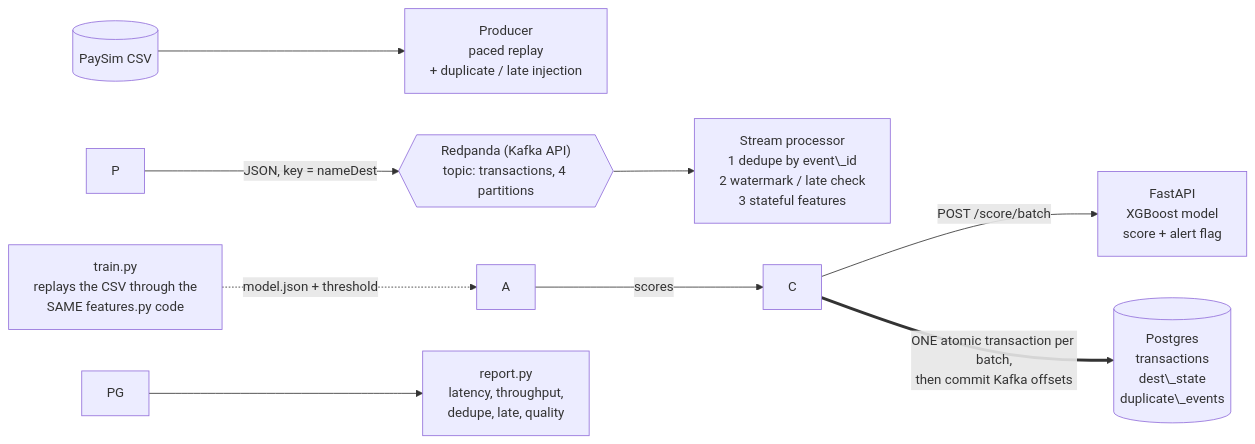
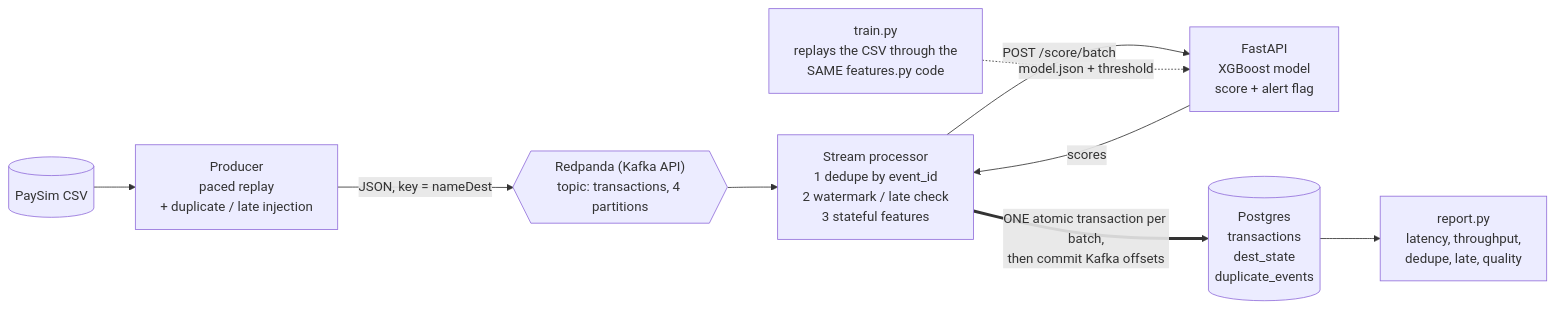
The diagram in README.md (charanteja101/realtime-fraud-detection-pipeline), drawn with Mermaid before and after one commit. The commit also changed other lines of this file, not shown here.

````diff
--- a/README.md
+++ b/README.md
@@ -9,11 +13,11 @@
 ```mermaid
 flowchart LR
-    CSV\[("PaySim CSV")] --> P\["Producer<br/>paced replay<br/>+ duplicate / late injection"]
+    CSV[("PaySim CSV")] --> P["Producer<br/>paced replay<br/>+ duplicate / late injection"]
     P -->|"JSON, key = nameDest"| K{{"Redpanda (Kafka API)<br/>topic: transactions, 4 partitions"}}
-    K --> C\["Stream processor<br/>1 dedupe by event\_id<br/>2 watermark / late check<br/>3 stateful features"]
-    C -->|"POST /score/batch"| A\["FastAPI<br/>XGBoost model<br/>score + alert flag"]
+    K --> C["Stream processor<br/>1 dedupe by event_id<br/>2 watermark / late check<br/>3 stateful features"]
+    C -->|"POST /score/batch"| A["FastAPI<br/>XGBoost model<br/>score + alert flag"]
     A -->|"scores"| C
-    C ==>|"ONE atomic transaction per batch,<br/>then commit Kafka offsets"| PG\[("Postgres<br/>transactions<br/>dest\_state<br/>duplicate\_events")]
-    PG --> R\["report.py<br/>latency, throughput,<br/>dedupe, late, quality"]
-    T\["train.py<br/>replays the CSV through the<br/>SAME features.py code"] -.->|"model.json + threshold"| A
+    C ==>|"ONE atomic transaction per batch,<br/>then commit Kafka offsets"| PG[("Postgres<br/>transactions<br/>dest_state<br/>duplicate_events")]
+    PG --> R["report.py<br/>latency, throughput,<br/>dedupe, late, quality"]
+    T["train.py<br/>replays the CSV through the<br/>SAME features.py code"] -.->|"model.json + threshold"| A
 ```
````
